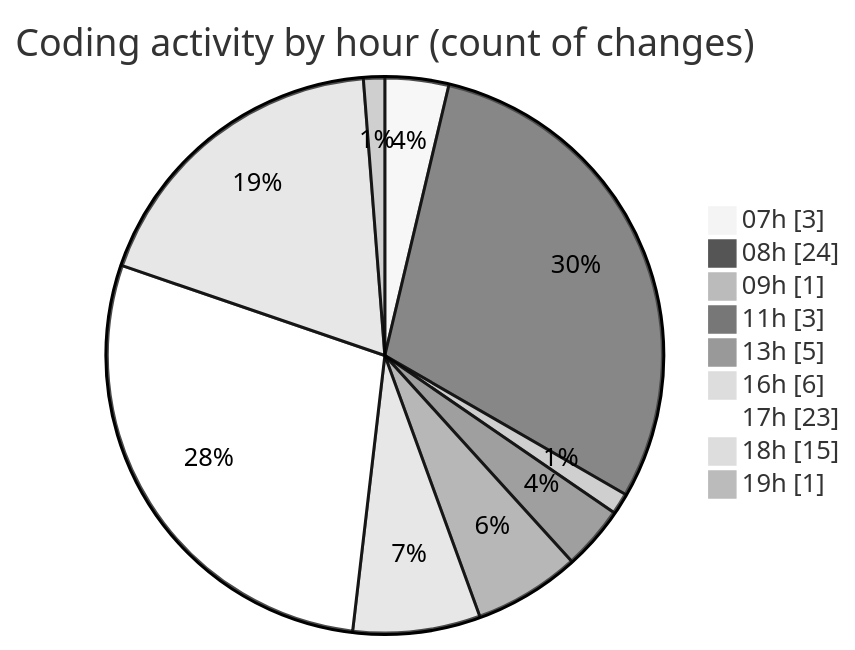
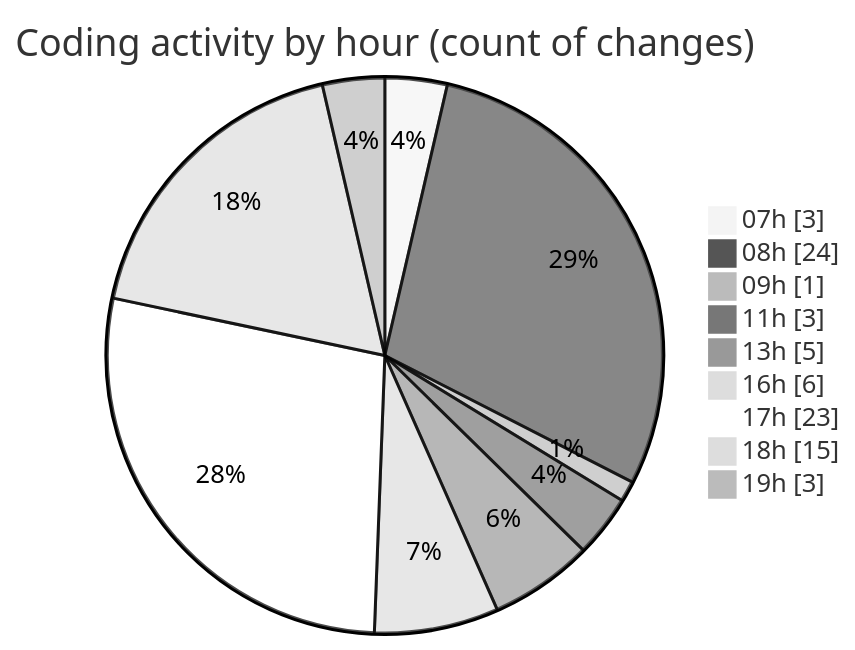
The second of 2 diagrams in 2026-02-20/bot_i_a/README.md (becaeroporto-bot/code-tracking), drawn with Mermaid (neutral theme) before and after one commit. The commit also changed other lines of this file and 1 other file, not shown here.

````diff
--- a/2026-02-20/bot_i_a/README.md
+++ b/2026-02-20/bot_i_a/README.md
@@ -55,13 +55,13 @@
 ```mermaid
 pie showData
 title Coding activity by hour (count of changes)
 "07h" : 3
 "08h" : 24
 "09h" : 1
 "11h" : 3
 "13h" : 5
 "16h" : 6
 "17h" : 23
 "18h" : 15
-"19h" : 1
+"19h" : 3
 ```
````
